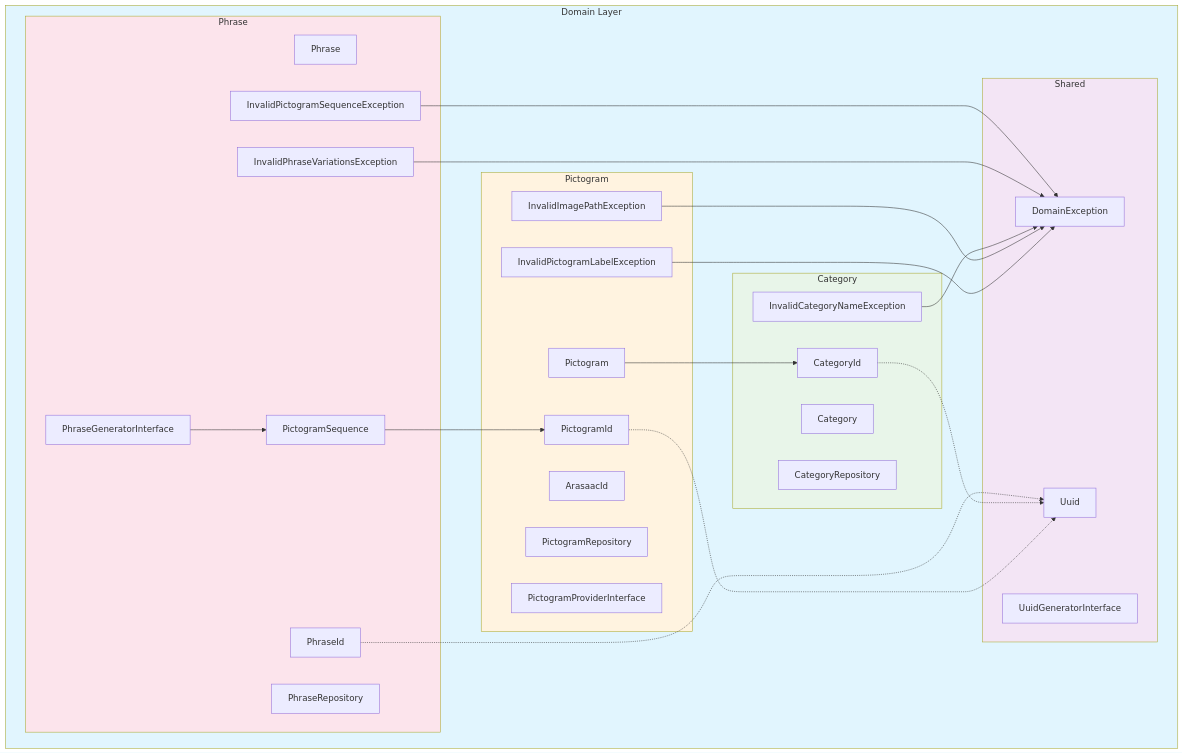
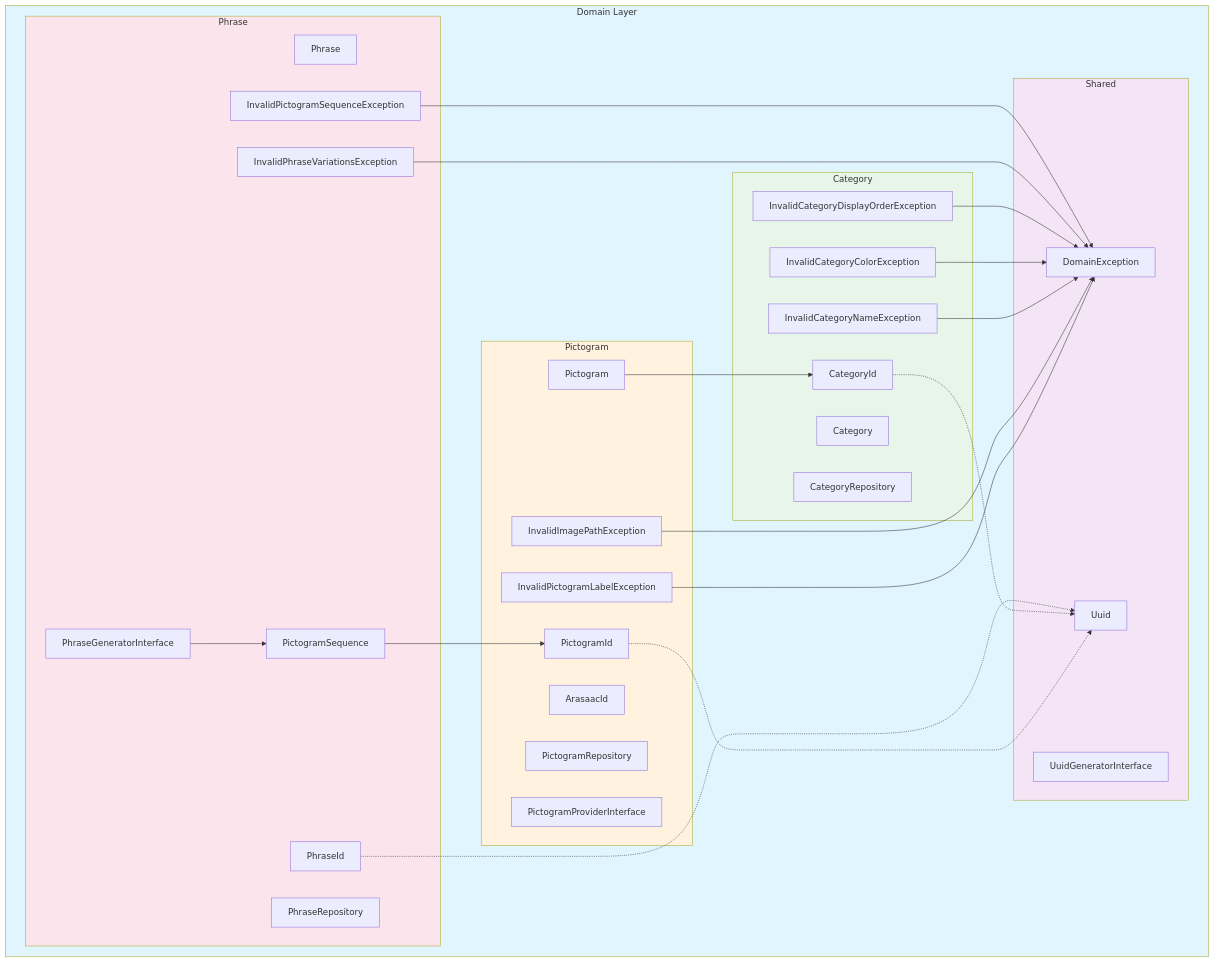
One commit to luismiglezmohino/HablaIA changed the third of 5 diagrams in docs/diagrams/domain-layer.md. Above: the diagram before and after it, drawn with Mermaid. The commit also changed other lines of this file and 9 other files, not shown here.

````diff
--- a/docs/diagrams/domain-layer.md
+++ b/docs/diagrams/domain-layer.md
@@ -165,57 +170,61 @@
 ```mermaid
 graph TB
     subgraph Domain["Domain Layer"]
         subgraph SharedModule["Shared"]
             S_Exception[DomainException]
             S_Uuid[Uuid]
             S_UuidGen[UuidGeneratorInterface]
         end
 
         subgraph PictogramModule["Pictogram"]
             P_Entity[Pictogram]
             P_VO1[PictogramId]
             P_VO2[ArasaacId]
             P_Exc1[InvalidPictogramLabelException]
             P_Exc2[InvalidImagePathException]
             P_Repo[PictogramRepository]
             P_Service[PictogramProviderInterface]
         end
 
         subgraph CategoryModule["Category"]
             C_Entity[Category]
             C_VO[CategoryId]
-            C_Exc[InvalidCategoryNameException]
+            C_Exc1[InvalidCategoryNameException]
+            C_Exc2[InvalidCategoryColorException]
+            C_Exc3[InvalidCategoryDisplayOrderException]
             C_Repo[CategoryRepository]
         end
 
         subgraph PhraseModule["Phrase"]
             Ph_Entity[Phrase]
             Ph_VO1[PhraseId]
             Ph_VO2[PictogramSequence]
             Ph_Exc1[InvalidPhraseVariationsException]
             Ph_Exc2[InvalidPictogramSequenceException]
             Ph_Repo[PhraseRepository]
             Ph_Service[PhraseGeneratorInterface]
         end
     end
 
     P_Entity --> C_VO
     Ph_VO2 --> P_VO1
     Ph_Service --> Ph_VO2
 
     P_Exc1 --> S_Exception
     P_Exc2 --> S_Exception
-    C_Exc --> S_Exception
+    C_Exc1 --> S_Exception
+    C_Exc2 --> S_Exception
+    C_Exc3 --> S_Exception
     Ph_Exc1 --> S_Exception
     Ph_Exc2 --> S_Exception
 
     P_VO1 -.-> S_Uuid
     C_VO -.-> S_Uuid
     Ph_VO1 -.-> S_Uuid
 
     style Domain fill:#e1f5fe
     style SharedModule fill:#f3e5f5
     style PictogramModule fill:#fff3e0
     style CategoryModule fill:#e8f5e9
     style PhraseModule fill:#fce4ec
 ```
````
